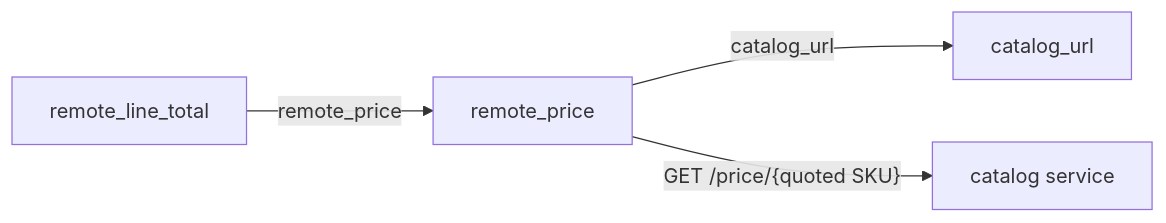
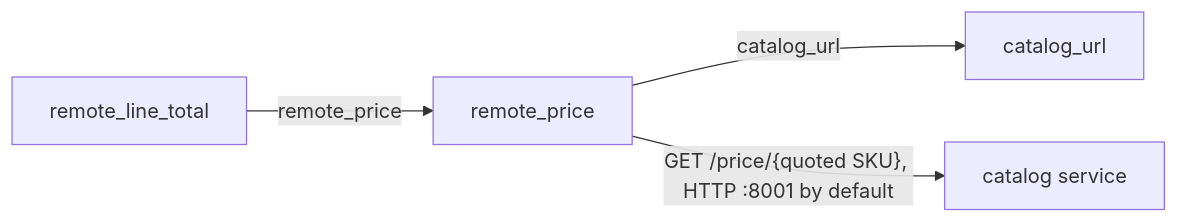
One commit to vishalc412/bible-mode-b-test changed the diagram in codebase-analysis/lld/orders/catalog_client.md. Above: the diagram before and after it, drawn with Mermaid. The commit also changed 27 other files, not shown here.

````diff
--- a/codebase-analysis/lld/orders/catalog_client.md
+++ b/codebase-analysis/lld/orders/catalog_client.md
@@ -36,10 +36,10 @@
 ```mermaid
 flowchart LR
   catalogUrl["catalog_url"]
   remotePrice["remote_price"]
   remoteLineTotal["remote_line_total"]
   catalog_service["catalog service"]
   remotePrice -->|"catalog_url"| catalogUrl
-  remotePrice -->|"GET /price/{quoted SKU}"| catalog_service
+  remotePrice -->|"GET /price/{quoted SKU}, HTTP :8001 by default"| catalog_service
   remoteLineTotal -->|"remote_price"| remotePrice
 ```
````
